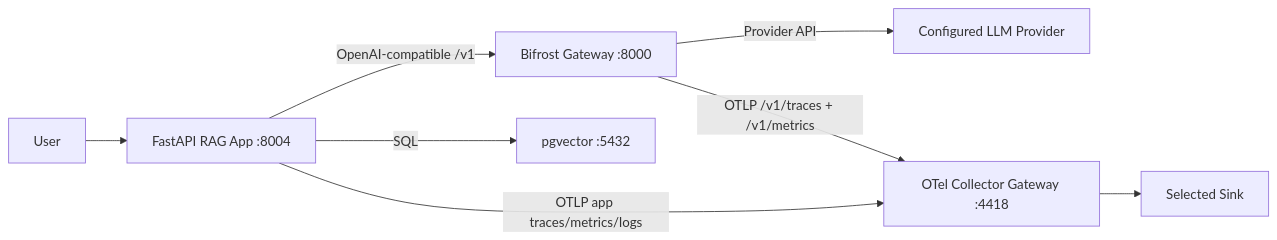
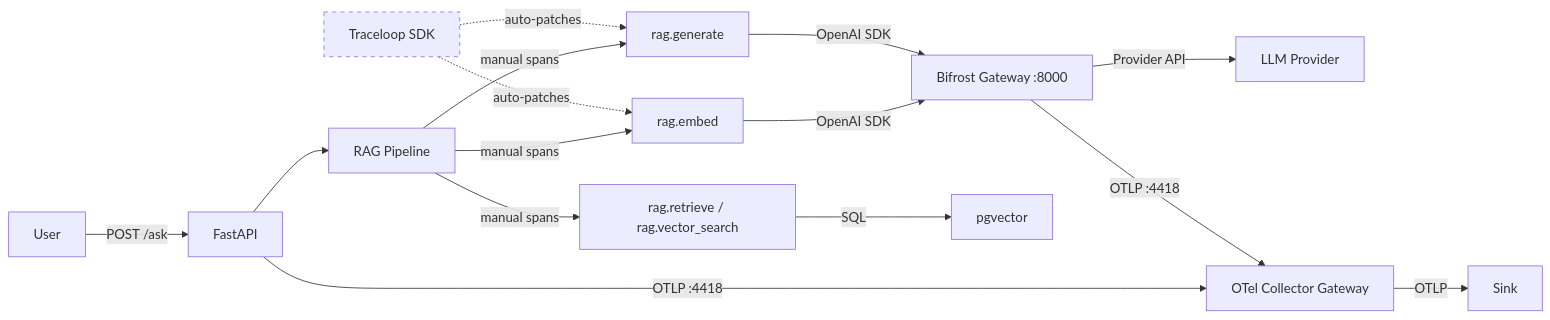
The diagram in experiments/04_bifrost/README.md (one2nc/ai_observability), drawn with Mermaid before and after one commit. The commit also changed other lines of this file and 31 other files, not shown here.

````diff
--- a/experiments/04_bifrost/README.md
+++ b/experiments/04_bifrost/README.md
@@ -11,10 +7,19 @@
 ```mermaid
 graph LR
-    User --> FastAPI[FastAPI RAG App :8004]
-    FastAPI -->|OpenAI-compatible /v1| Bifrost[Bifrost Gateway :8000]
-    Bifrost -->|Provider API| Provider[Configured LLM Provider]
-    FastAPI -->|SQL| PG[pgvector :5432]
-    FastAPI -->|OTLP app traces/metrics/logs| OTel[OTel Collector Gateway :4418]
-    Bifrost -->|OTLP /v1/traces + /v1/metrics| OTel[OTel Collector Gateway :4418]
-    OTel --> Sink[Selected Sink]
+    User -->|POST /ask| FastAPI
+    FastAPI --> RAG[RAG Pipeline]
+    RAG -->|manual spans| Embed[rag.embed]
+    RAG -->|manual spans| Retrieve[rag.retrieve / rag.vector_search]
+    RAG -->|manual spans| Generate[rag.generate]
+    Embed -->|OpenAI SDK| Bifrost[Bifrost Gateway :8000]
+    Generate -->|OpenAI SDK| Bifrost
+    Bifrost -->|Provider API| Provider[LLM Provider]
+    Retrieve -->|SQL| PG[pgvector]
+    Traceloop[Traceloop SDK] -.->|auto-patches| Embed
+    Traceloop -.->|auto-patches| Generate
+    FastAPI -->|OTLP :4418| Gateway[OTel Collector Gateway]
+    Bifrost -->|OTLP :4418| Gateway
+    Gateway -->|OTLP| Sink[Sink]
+
+    style Traceloop stroke-dasharray: 5 5
 ```
````
